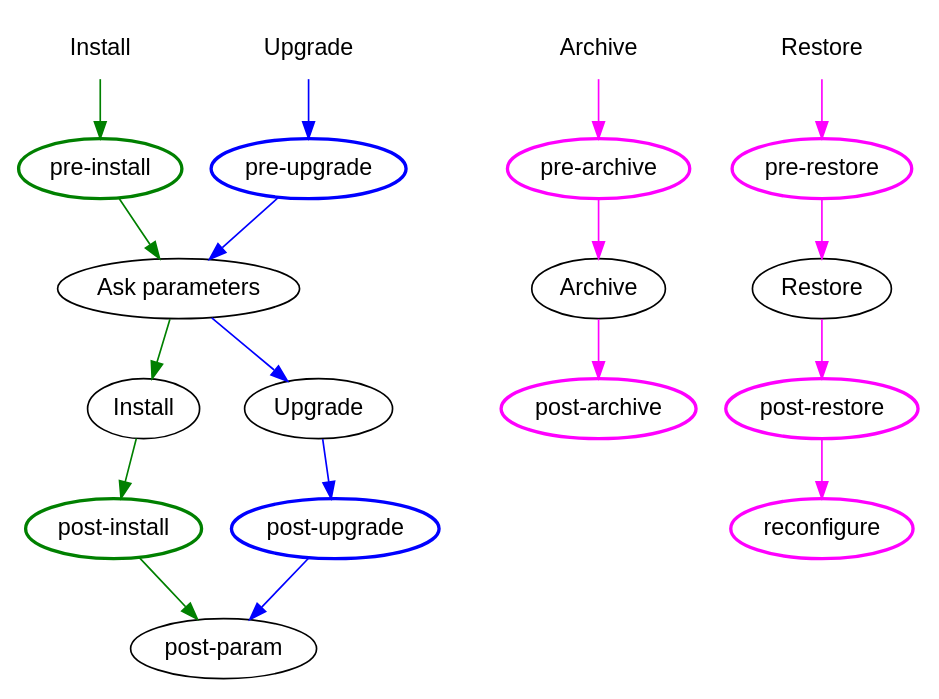
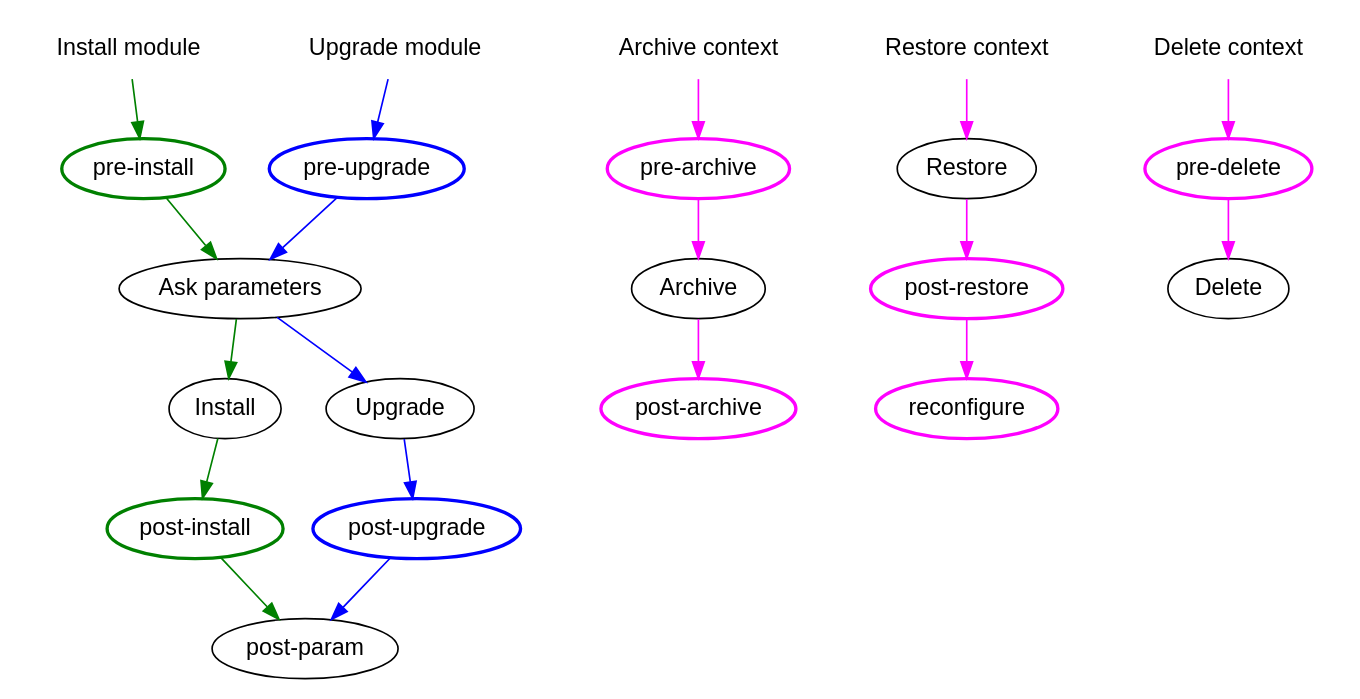
One commit to MYCreates/dynacase-doc-platform-operating-manual changed the diagram in Contents/images/module-install-upgrade-workflow.dot. Above: the diagram before and after it, drawn with Graphviz. The commit also changed 4 other files, not shown here.

First line of the commit message:
feat(pre-delete): Support for executing module's pre-delete before context deletion (refs #5183)

```diff
--- a/Contents/images/module-install-upgrade-workflow.dot
+++ b/Contents/images/module-install-upgrade-workflow.dot
@@ -1,44 +1,52 @@
 digraph D {
 	node [fontname="Liberation Sans"];
 
-// Install
+// Install module
 
-	"start-install" [label="Install",style=filled,color=transparent,fillcolor=transparent];
+	"start-install" [label="Install module",style=filled,color=transparent,fillcolor=transparent];
 	"pre-install" [style=bold,color=green];
 	"post-install" [style=bold,color=green];
 	{
 		edge [color=green];
 		"start-install" -> "pre-install" -> "Ask parameters" -> "Install" -> "post-install" -> "post-param";
 	}
 
-// Upgrade
+// Upgrade module
 
-	"start-upgrade" [label="Upgrade",style=filled,color=transparent,fillcolor=transparent];
+	"start-upgrade" [label="Upgrade module",style=filled,color=transparent,fillcolor=transparent];
 	"pre-upgrade" [style=bold,color=blue];
 	"post-upgrade" [style=bold,color=blue];
 	{
 		edge [color=blue];
 		"start-upgrade" -> "pre-upgrade" -> "Ask parameters" -> "Upgrade" -> "post-upgrade" -> "post-param";
 	}
 
-// Archive
+// Archive context
 
-	"start-archive" [label="Archive",style=filled,color=transparent,fillcolor=transparent];
+	"start-archive" [label="Archive context",style=filled,color=transparent,fillcolor=transparent];
 	"pre-archive" [style=bold,color=magenta];
 	"post-archive" [style=bold,color=magenta];
 	{
 		edge [color=magenta];
 		"start-archive" -> "pre-archive" -> "Archive" -> "post-archive";
 	}
 
-// Restore
+// Restore context
 
-	"start-restore" [label="Restore",style=filled,color=transparent,fillcolor=transparent];
-	"pre-restore" [style=bold,color=magenta];
+	"start-restore" [label="Restore context",style=filled,color=transparent,fillcolor=transparent];
 	"post-restore" [style=bold,color=magenta];
 	"reconfigure" [style=bold,color=magenta];
 	{
 		edge [color=magenta];
-		"start-restore" -> "pre-restore" -> "Restore" -> "post-restore" -> "reconfigure";
+		"start-restore" -> "Restore" -> "post-restore" -> "reconfigure";
+	}
+
+// Delete context
+
+	"start-delete" [label="Delete context",style=filled,color=transparent,fillcolor=transparent];
+	"pre-delete" [style=bold,color=magenta];
+	{
+		edge [color=magenta];
+		"start-delete" -> "pre-delete" -> "Delete";
 	}
 }
```
